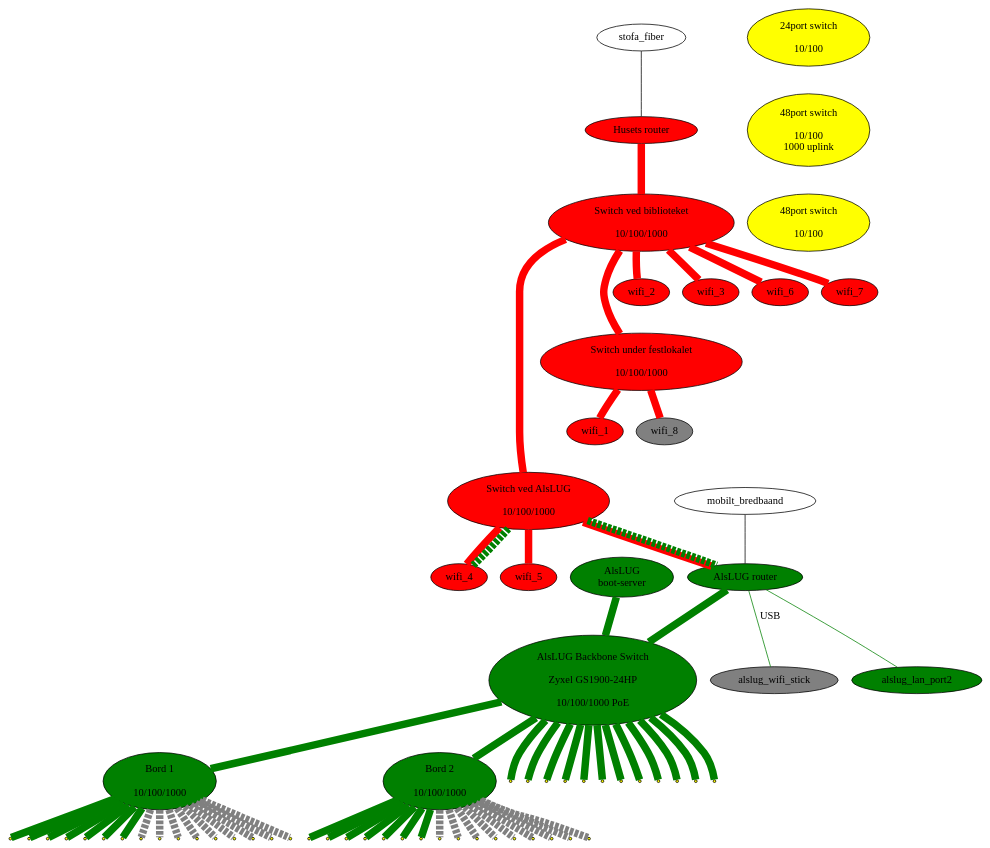
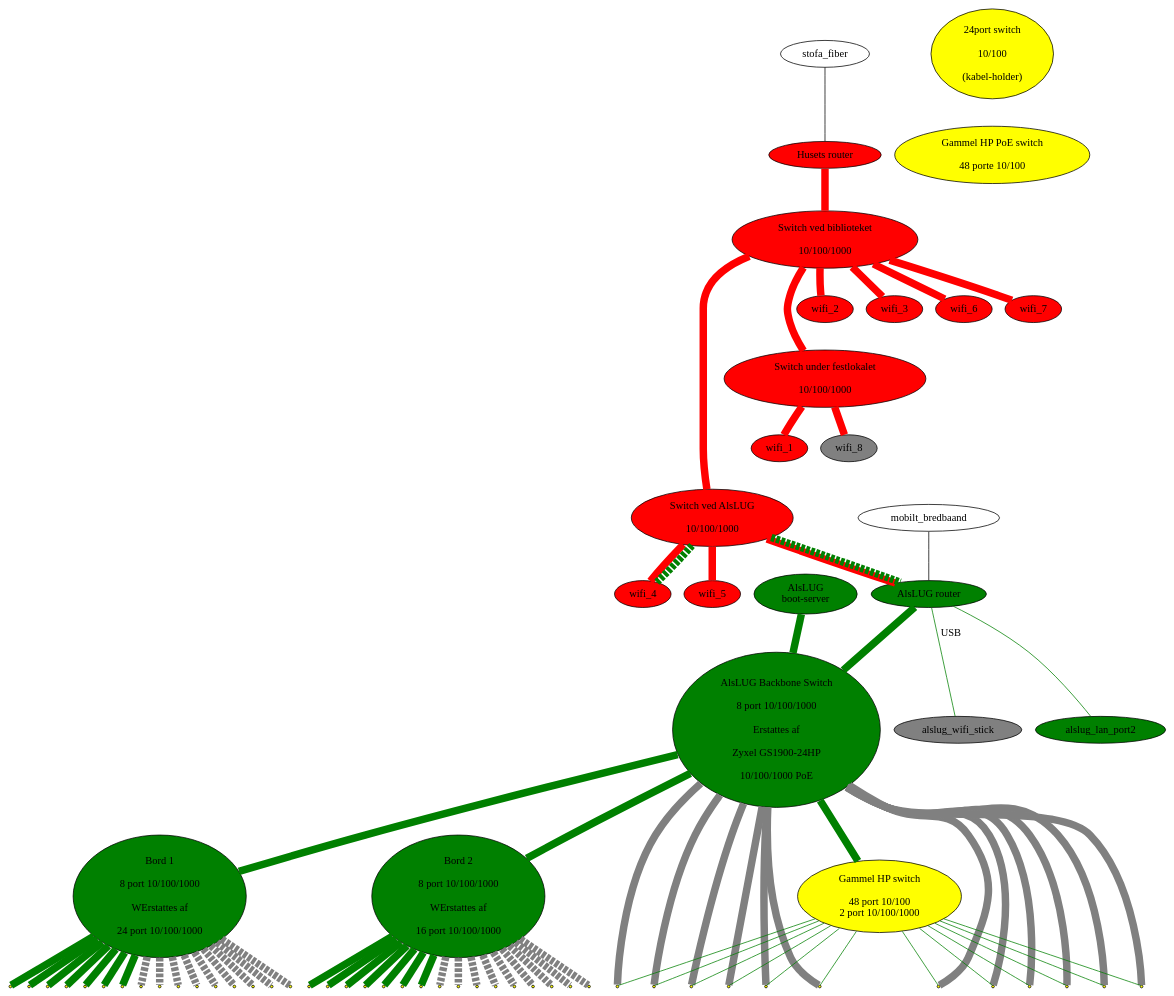
The diagram in projekter/network.dot (alslug/alslug.dk), drawn with Graphviz before and after one commit.

```diff
--- a/projekter/network.dot
+++ b/projekter/network.dot
@@ -1,80 +1,88 @@
 digraph xxx {
 #  link_12a [ shape=point ];
 #  link_12b [ shape=point ];
 #  link_12c [ shape=point ];
   edge [ dir=none penwidth=10 ];
 
   node [ style=filled fillcolor=red ];
   husets_router [ label="Husets router" ];
   husets_switch_1 [ label="Switch ved biblioteket\n\n 10/100/1000" ];
   husets_switch_2 [ label="Switch ved AlsLUG\n\n 10/100/1000" ];
   festlokale_switch [ label="Switch under festlokalet\n\n 10/100/1000" ];
   wifi_1 wifi_2 wifi_3 wifi_4 wifi_5 wifi_6 wifi_7;
   wifi_8 [ fillcolor=gray ];
   
   node [ style=filled fillcolor=green ];
   alslug_router [ label="AlsLUG router" ];
   alslug_gl_bootserver [ label="AlsLUG\nboot-server" ];
-  alslug_backbone_switch [ label="AlsLUG Backbone Switch\n\nZyxel GS1900-24HP\n\n10/100/1000 PoE"];
-  bord_1 [ label="Bord 1\n\n10/100/1000"];
-  bord_2 [ label="Bord 2\n\n10/100/1000"];
+  alslug_backbone_switch [ label="AlsLUG Backbone Switch\n\n8 port 10/100/1000\n\n Erstattes af\n\nZyxel GS1900-24HP\n\n10/100/1000 PoE"];
+  bord_1 [ label="Bord 1\n\n8 port 10/100/1000\n\n WErstattes af\n\n24 port 10/100/1000"];
+  bord_2 [ label="Bord 2\n\n8 port 10/100/1000\n\n WErstattes af\n\n16 port 10/100/1000"];
   alslug_wifi_stick alslug_lan_port2;
   
   // Udstyr som pt ikke bruges
   node [ style=filled fillcolor=yellow ];
-  switch_24p      [ label="24port switch\n\n10/100"];
-  switch_48p      [ label="48port switch\n\n10/100\n1000 uplink"];
-  switch_48p_poe  [ label="48port switch\n\n10/100"];
+  switch_24p      [ label="24port switch\n\n10/100\n\n(kabel-holder)"];
+  switch_48p      [ label="Gammel HP switch\n\n48 port 10/100\n2 port 10/100/1000"];
+  switch_48p_poe  [ label="Gammel HP PoE switch\n\n48 porte 10/100"];
   
-  switch_24p -> switch_48p -> switch_48p_poe [ color=invis ];
+  switch_24p -> switch_48p_poe [ color=invis ];
   
   
   node [ style=normal ];
   // Internet forbindelser
   stofa_fiber      -> husets_router [ penwidth=1 fillcolor=black style=filled ];
   mobilt_bredbaand -> alslug_router [ penwidth=1 fillcolor=black style=filled ];
   
   // Husets forbindelser
   edge  [ color=red style=solid ];
   husets_router -> husets_switch_1 -> { wifi_2 wifi_3 wifi_6 wifi_7 };
   husets_switch_1 -> husets_switch_2 -> { wifi_4 wifi_5 alslug_router};
   husets_switch_1 -> festlokale_switch -> { wifi_1 wifi_8 };
 
   // VLAN forbindelser over bakkensbros netværk
   edge  [ color=green style=dashed ];
   husets_switch_2 -> { alslug_router wifi_4 };
 
   alslug_wifi_stick [ fillcolor=gray style=filled ];
 
   // Interne forbindelser
   edge [ color=green style=solid ];
   node [ shape=point ];
   {alslug_router alslug_gl_bootserver} -> alslug_backbone_switch -> { bord_1 bord_2 
+                  switch_48p
+                  }
+   alslug_backbone_switch -> {
                   vindue_left_12  vindue_left_11  vindue_left_10  vindue_left_9
                   vindue_center_8 vindue_center_7 vindue_center_6 vindue_center_5
                   vindue_right_4  vindue_right_3  vindue_right_2  vindue_right_1
-                  }
+                  } [ color=gray ];
+   switch_48p -> {
+                  vindue_left_12  vindue_left_11  vindue_left_10  vindue_left_9
+                  vindue_center_8 vindue_center_7 vindue_center_6 vindue_center_5
+                  vindue_right_4  vindue_right_3  vindue_right_2  vindue_right_1
+                  } [ color=green penwidth=1]
  
   alslug_router -> alslug_wifi_stick [ penwidth=1 label="USB" ];
   alslug_router -> alslug_lan_port2 [ penwidth=1 ];
   
   bord_1 -> {
                   bord_1_1 bord_1_2 bord_1_3 bord_1_4
                   bord_1_5 bord_1_6 bord_1_7
                 };
   bord_1 -> {
                   bord_1_8 bord_1_9 bord_1_10 bord_1_11
                   bord_1_12 bord_1_13 bord_1_14 bord_1_15 bord_1_16
                 } [ style=dashed color=gray ];
   bord_2 -> {
                   bord_2_1 bord_2_2 bord_2_3 bord_2_4
                   bord_2_5 bord_2_6 bord_2_7
                 };
   bord_2 -> {
                   bord_2_8 bord_2_9 bord_2_10 bord_2_11
                   bord_2_12 bord_2_13 bord_2_14 bord_2_15 bord_2_16
                 } [ style=dashed color=gray ];
                 
   edge [ color=invis ];
   husets_switch_1 -> wifi_2 -> festlokale_switch -> wifi_1 -> husets_switch_2;
 }
```
